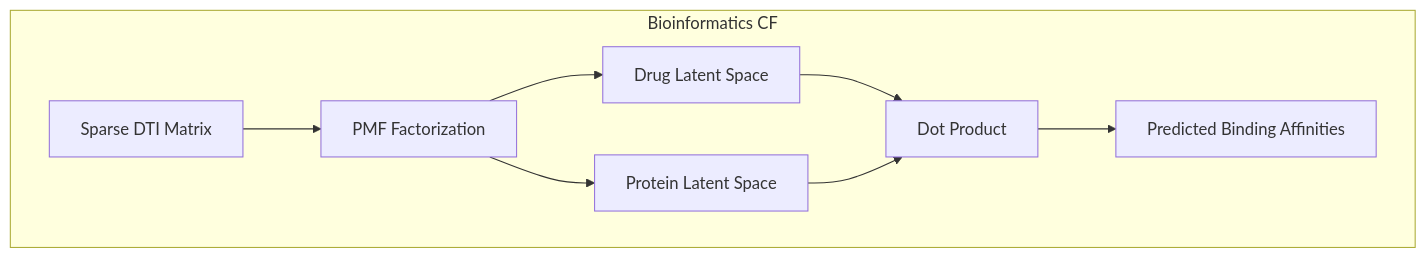
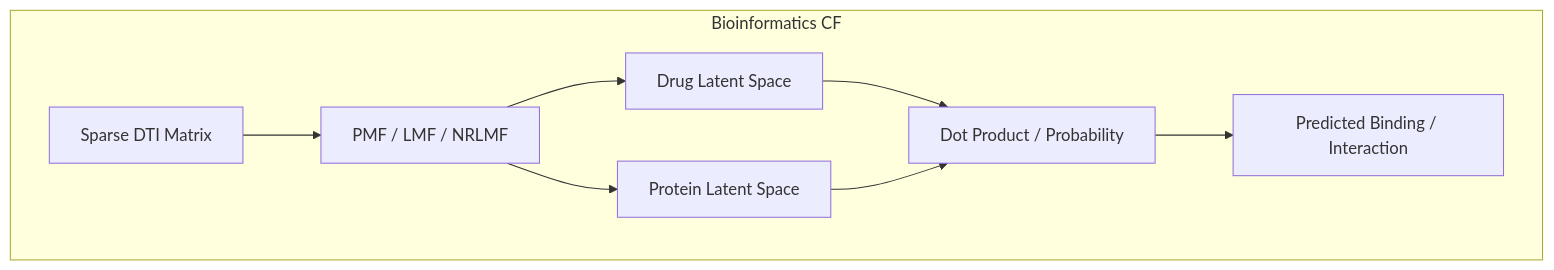
One commit to ammahmoudi/bioinformatics-recommender-systems changed the fourth of 20 diagrams in Recomender Systems in Bioinformatics.md. Above: the diagram before and after it, drawn with Mermaid. The commit also changed other lines of this file, not shown here.

````diff
--- a/Recomender Systems in Bioinformatics.md
+++ b/Recomender Systems in Bioinformatics.md
@@ -67,12 +125,12 @@
 ```mermaid
 flowchart LR
     subgraph "Bioinformatics CF"
         direction LR
-        A2[Sparse DTI Matrix] --> B2[PMF Factorization]
-        B2 --> C2[Drug Latent Space]
-        B2 --> D2[Protein Latent Space]
-        C2 --> E2[Dot Product]
+        A2["Sparse DTI Matrix"] --> B2["PMF / LMF / NRLMF"]
+        B2 --> C2["Drug Latent Space"]
+        B2 --> D2["Protein Latent Space"]
+        C2 --> E2["Dot Product / Probability"]
         D2 --> E2
-        E2 --> F2[Predicted Binding Affinities]
+        E2 --> F2["Predicted Binding / Interaction"]
     end
 ```
````
